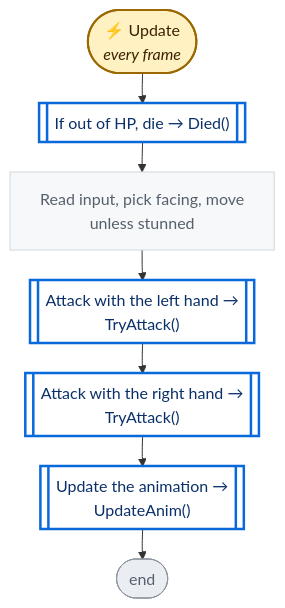
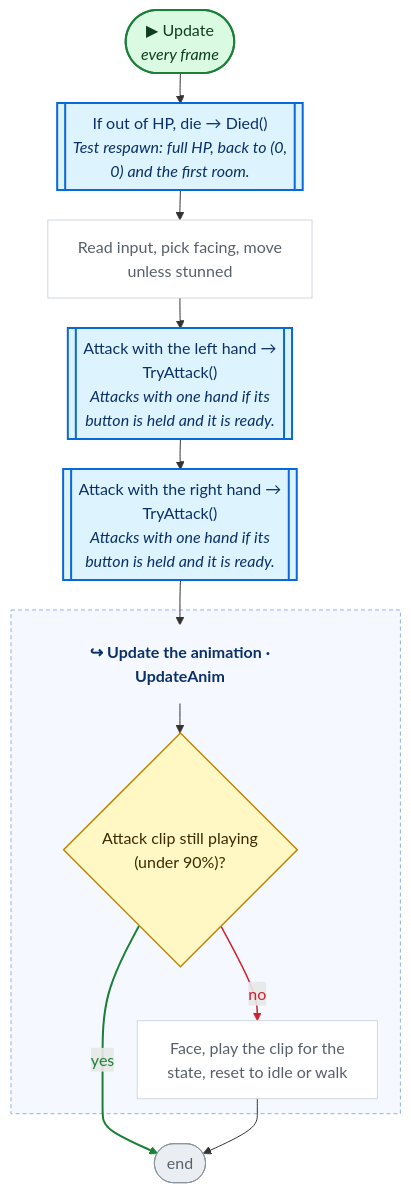
The eighth of 15 diagrams in CodeGraph~/graph/Player.cs.md (nataiai/Lord-of-the-Dungeon), drawn with Mermaid before and after one commit. The commit also changed other lines of this file and 44 other files, not shown here.

````diff
--- a/CodeGraph~/graph/Player.cs.md
+++ b/CodeGraph~/graph/Player.cs.md
@@ -385,37 +426,56 @@
 ```mermaid
 ---
 config:
   flowchart:
     wrappingWidth: 260
     nodeSpacing: 26
     rankSpacing: 30
 ---
 flowchart TD
-  nS(["⚡ Update<br><i>every frame</i>"])
-  ne77943[["If out of HP, die → Died()"]]
+  nS(["▶ Update<br><i>every frame</i>"])
+  ne77943[["If out of HP, die → Died()<br><i>Test respawn: full HP, back to (0,</i><br><i>0) and the first room.</i>"]]
   ndbd064["Read input, pick facing, move<br>unless stunned"]
-  n5070fd[["Attack with the left hand →<br>TryAttack()"]]
-  n1bd7f4[["Attack with the right hand →<br>TryAttack()"]]
-  n640727[["Update the animation →<br>UpdateAnim()"]]
+  n5070fd[["Attack with the left hand →<br>TryAttack()<br><i>Attacks with one hand if its</i><br><i>button is held and it is ready.</i>"]]
+  n1bd7f4[["Attack with the right hand →<br>TryAttack()<br><i>Attacks with one hand if its</i><br><i>button is held and it is ready.</i>"]]
+  n640727_h["↪ Update the animation ·<br>UpdateAnim"]
+  n640727_nd104f0{"Attack clip still playing<br>(under 90%)?"}
+  n640727_n019d10["Face, play the clip for the<br>state, reset to idle or walk"]
   nE(["end"])
+  subgraph n640727_g[" "]
+    n640727_h
+    n640727_nd104f0
+    n640727_n019d10
+  end
+  style n640727_g fill:#f5f9ff,stroke:#8cb4e8,stroke-dasharray:4 3,color:#0a3069
   nS --> ne77943
   ne77943 --> ndbd064
   ndbd064 --> n5070fd
   n5070fd --> n1bd7f4
-  n1bd7f4 --> n640727
-  n640727 --> nE
-  classDef unity fill:#fff1c2,stroke:#9a6700,stroke-width:2px,color:#3b2300
-  classDef start fill:#ddf4ff,stroke:#0969da,stroke-width:2px,color:#0a3069
-  classDef calc fill:#f6f8fa,stroke:#d0d7de,color:#57606a
-  classDef calls fill:#ffffff,stroke:#0969da,stroke-width:2.5px,color:#0a3069
-  classDef cond fill:#ffffff,stroke:#6e7781,stroke-width:1.5px,color:#1f2328
-  classDef loop fill:#fbefff,stroke:#8250df,color:#3e1f79
-  classDef exit fill:#eaeef2,stroke:#57606a,color:#24292f
-  classDef wait fill:#fff8f0,stroke:#bc4c00,color:#4d1d00
+  n1bd7f4 --> n640727_h
+  n640727_h --> n640727_nd104f0
+  n640727_nd104f0 -->|no| n640727_n019d10
+  n640727_nd104f0 -->|yes| nE
+  n640727_n019d10 --> nE
+  linkStyle 6 stroke:#cf222e,stroke-width:1.5px,color:#cf222e
+  linkStyle 7 stroke:#1a7f37,stroke-width:2px,color:#1a7f37
+  classDef unity fill:#dafbe1,stroke:#1a7f37,stroke-width:2px,color:#0f3d1d
+  classDef start fill:#dafbe1,stroke:#1a7f37,stroke-width:2px,color:#0f3d1d
+  classDef calc fill:#ffffff,stroke:#d0d7de,color:#57606a
+  classDef calls fill:#ddf4ff,stroke:#0969da,stroke-width:2px,color:#0a3069
+  classDef ext fill:#ddf4ff,stroke:#0969da,stroke-width:2px,stroke-dasharray:5 3,color:#0a3069
+  classDef cond fill:#fff8c5,stroke:#bf8700,stroke-width:1.5px,color:#3d2a00
+  classDef loop fill:#f6f8fa,stroke:#57606a,color:#1f2328
+  classDef exit fill:#ffebe9,stroke:#cf222e,color:#82071e
+  classDef kill fill:#ffebe9,stroke:#cf222e,stroke-width:2px,color:#82071e
+  classDef spawn fill:#dafbe1,stroke:#1a7f37,stroke-width:2px,color:#0f3d1d
+  classDef wait fill:#fff1e5,stroke:#bc4c00,color:#4d1d00
   classDef fin fill:#eaeef2,stroke:#8c959f,color:#57606a
   classDef join fill:#d0d7de,stroke:#8c959f,color:#57606a
-  class ndbd064 calc
-  class ne77943,n5070fd,n1bd7f4,n640727 calls
+  classDef ghdr fill:#f5f9ff,stroke:#f5f9ff,color:#0a3069,font-weight:bold
+  class ndbd064,n640727_n019d10 calc
+  class ne77943,n5070fd,n1bd7f4 calls
+  class n640727_nd104f0 cond
   class nE fin
+  class n640727_h ghdr
   class nS unity
 ```
````
